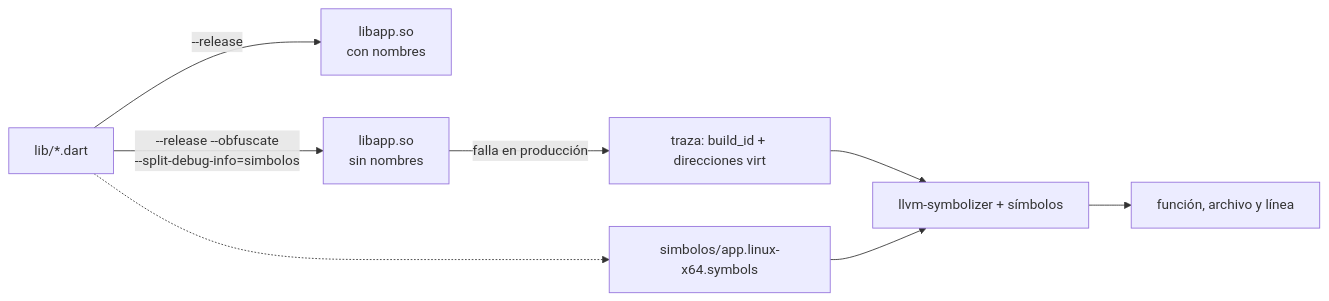
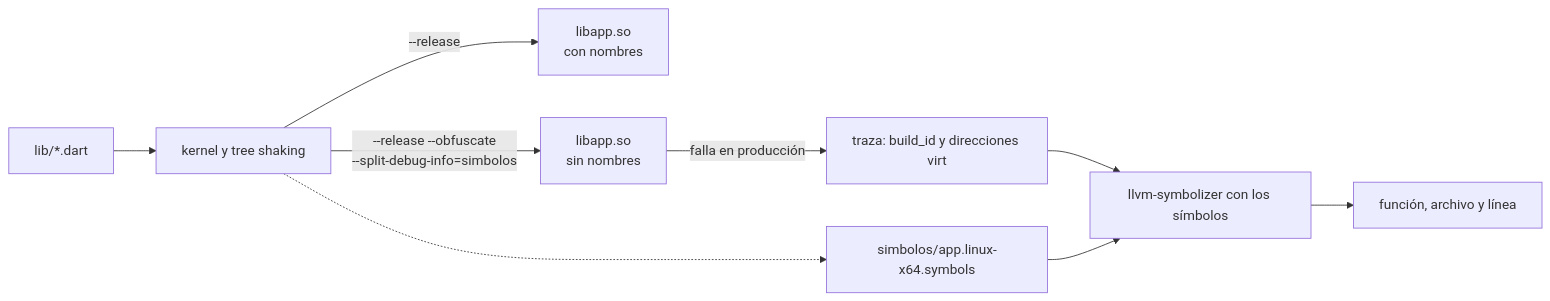
Before and after one commit to NICORUIZ93/The_Imperial_Book: the first of 4 diagrams in web/public/content/flutter/modulo-11.md, drawn with Mermaid. The commit also changed other lines of this file and 65 other files, not shown here.

````diff
--- a/web/public/content/flutter/modulo-11.md
+++ b/web/public/content/flutter/modulo-11.md
@@ -272,10 +323,11 @@
 ```mermaid
 flowchart LR
-    C["lib/*.dart"] -->|"--release"| R["libapp.so<br/>con nombres"]
-    C -->|"--release --obfuscate<br/>--split-debug-info=simbolos"| O["libapp.so<br/>sin nombres"]
-    C -.-> S["simbolos/app.linux-x64.symbols"]
-    O -->|falla en producción| T["traza: build_id + direcciones virt"]
-    T --> L["llvm-symbolizer + símbolos"]
+    C["lib/*.dart"] --> K["kernel y tree shaking"]
+    K -->|"--release"| R["libapp.so<br/>con nombres"]
+    K -->|"--release --obfuscate<br/>--split-debug-info=simbolos"| O["libapp.so<br/>sin nombres"]
+    K -.-> S["simbolos/app.linux-x64.symbols"]
+    O -->|"falla en producción"| T["traza: build_id y direcciones virt"]
+    T --> L["llvm-symbolizer con los símbolos"]
     S --> L
     L --> F["función, archivo y línea"]
 ```
````
